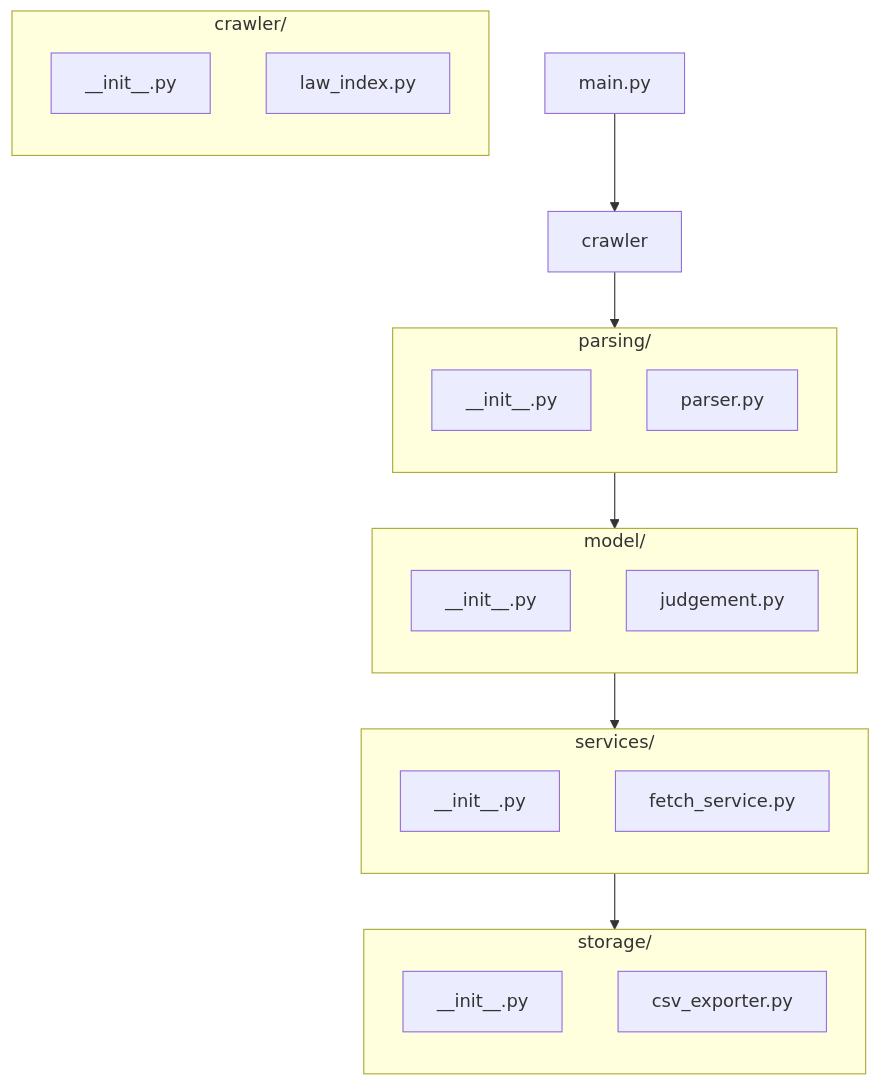
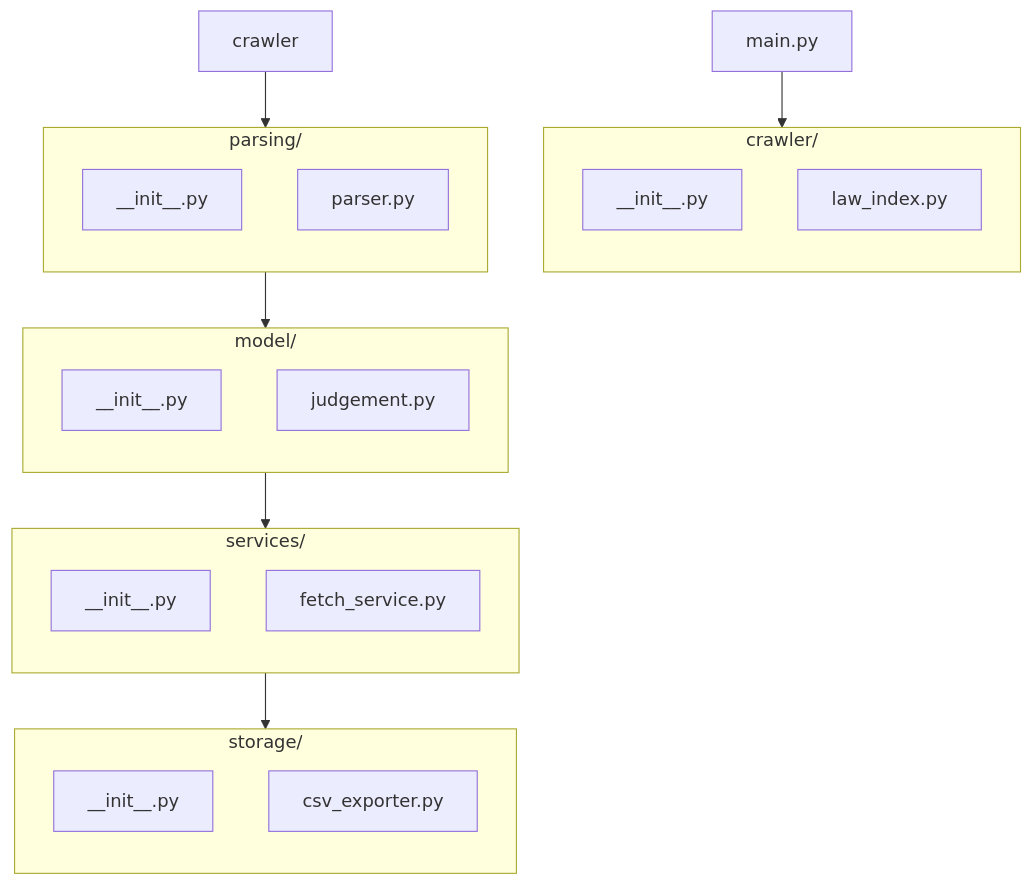
The diagram in README.md (royonzioki/engineering-challenge), drawn with Mermaid before and after one commit. The commit also changed other lines of this file, not shown here.

Commit message:
updated mermaid

````diff
--- a/README.md
+++ b/README.md
@@ -68,47 +68,47 @@
 ```mermaid
 flowchart TD
     %% Main entry point
     main[main.py]
 
     %% Index Crawler
     subgraph crawler_folder[crawler/]
         direction TB
         crawler_init[__init__.py]
         law_index[law_index.py]
     end
 
     %% Parser
     subgraph parser_folder[parsing/]
         direction TB
         parsing_init[__init__.py]
         parser[parser.py]
     end
 
     %% Model
     subgraph models_folder[model/]
         direction TB
         model_init[__init__.py]
         judgement[judgement.py]
     end
 
     %% Services
     subgraph services_folder[services/]
         direction TB
         services_init[__init__.py]
         fetch_service[fetch_service.py]
     end
 
     %% Exporter
     subgraph exporters_folder[storage/]
         direction TB
         storage_init[__init__.py]
         csv_exporter[csv_exporter.py]
     end
 
     %% Data flow arrows
-    main --> crawler
+    main --> law_index
     crawler --> parser
     parser --> judgement
     judgement --> fetch_service
     fetch_service --> csv_exporter
    ```
````
